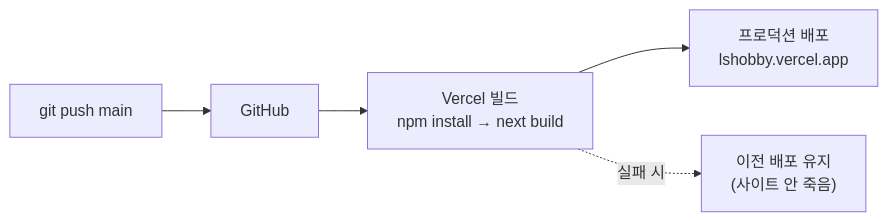
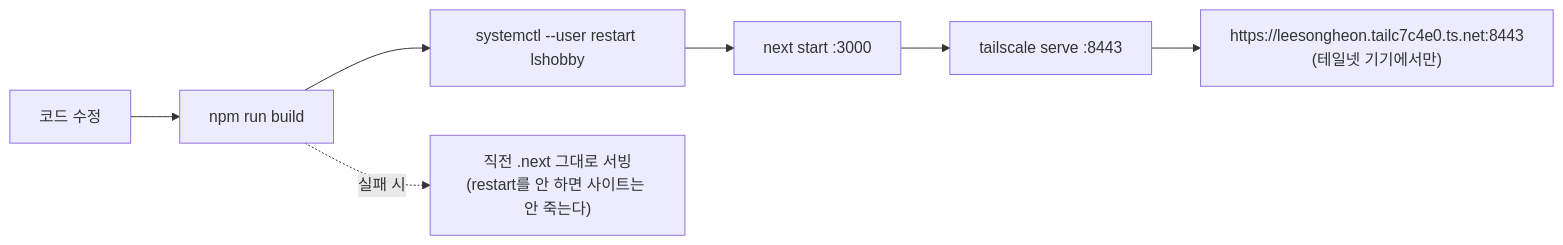
One commit to LeeSongHeon-LSH/LSHobby changed the third of 3 diagrams in docs/16-infra.md. Above: the diagram before and after it, drawn with Mermaid. The commit also changed other lines of this file and 26 other files, not shown here.

````diff
--- a/docs/16-infra.md
+++ b/docs/16-infra.md
@@ -89,7 +98,9 @@
 ```mermaid
 flowchart LR
-    A[git push main] --> B[GitHub]
-    B --> C["Vercel 빌드<br/>npm install → next build"]
-    C --> D["프로덕션 배포<br/>lshobby.vercel.app"]
-    C -. 실패 시 .-> E["이전 배포 유지<br/>(사이트 안 죽음)"]
+    A[코드 수정] --> B["npm run build"]
+    B --> C["systemctl --user restart lshobby"]
+    C --> D["next start :3000"]
+    D --> E["tailscale serve :8443"]
+    E --> F["https://leesongheon.tailc7c4e0.ts.net:8443<br/>(테일넷 기기에서만)"]
+    B -. 실패 시 .-> G["직전 .next 그대로 서빙<br/>(restart를 안 하면 사이트는 안 죽는다)"]
 ```
````
